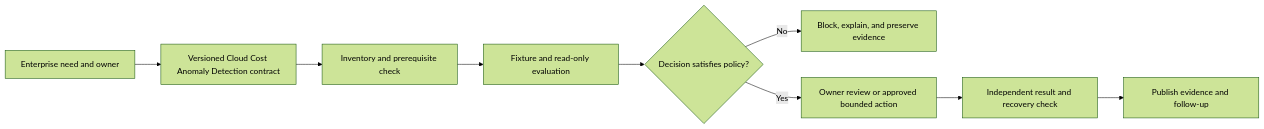
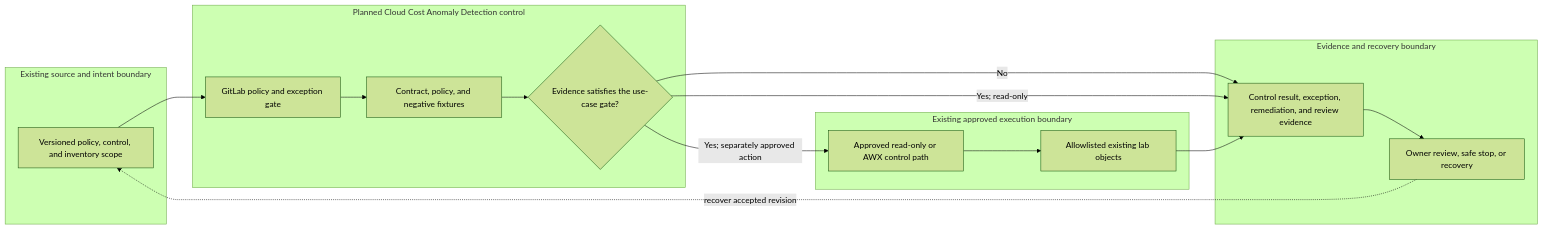
Before and after one commit to MIDHTECH/enterprise-architecture-docs: the diagram in docs/use-cases/governance/UC-GOV-016-cloud-cost-anomaly-detection.md, drawn with Mermaid (forest theme). The commit also changed other lines of this file and 227 other files, not shown here.

Commit message:
Deepen architecture for all use case designs

````diff
--- a/docs/use-cases/governance/UC-GOV-016-cloud-cost-anomaly-detection.md
+++ b/docs/use-cases/governance/UC-GOV-016-cloud-cost-anomaly-detection.md
@@ -136,11 +129,25 @@
 ```mermaid
 flowchart LR
-    Need["Enterprise need and owner"] --> Contract["Versioned Cloud Cost Anomaly Detection contract"]
-    Contract --> Preflight["Inventory and prerequisite check"]
-    Preflight --> Evaluate["Fixture and read-only evaluation"]
-    Evaluate --> Decision{"Decision satisfies policy?"}
-    Decision -->|No| Stop["Block, explain, and preserve evidence"]
-    Decision -->|Yes| Review["Owner review or approved bounded action"]
-    Review --> Verify["Independent result and recovery check"]
-    Verify --> Publish["Publish evidence and follow-up"]
+    subgraph Source["Existing source and intent boundary"]
+        A["Versioned policy, control, and inventory scope"]
+    end
+    subgraph Planned["Planned Cloud Cost Anomaly Detection control"]
+        B["GitLab policy and exception gate"]
+        C["Contract, policy, and negative fixtures"]
+        D{"Evidence satisfies the use-case gate?"}
+    end
+    subgraph Runtime["Existing approved execution boundary"]
+        E["Approved read-only or AWX control path"]
+        F["Allowlisted existing lab objects"]
+    end
+    subgraph Assurance["Evidence and recovery boundary"]
+        G["Control result, exception, remediation, and review evidence"]
+        H["Owner review, safe stop, or recovery"]
+    end
+
+    A --> B --> C --> D
+    D -->|No| G --> H
+    D -->|Yes; read-only| G
+    D -->|Yes; separately approved action| E --> F --> G
+    H -. recover accepted revision .-> A
 ```
````
